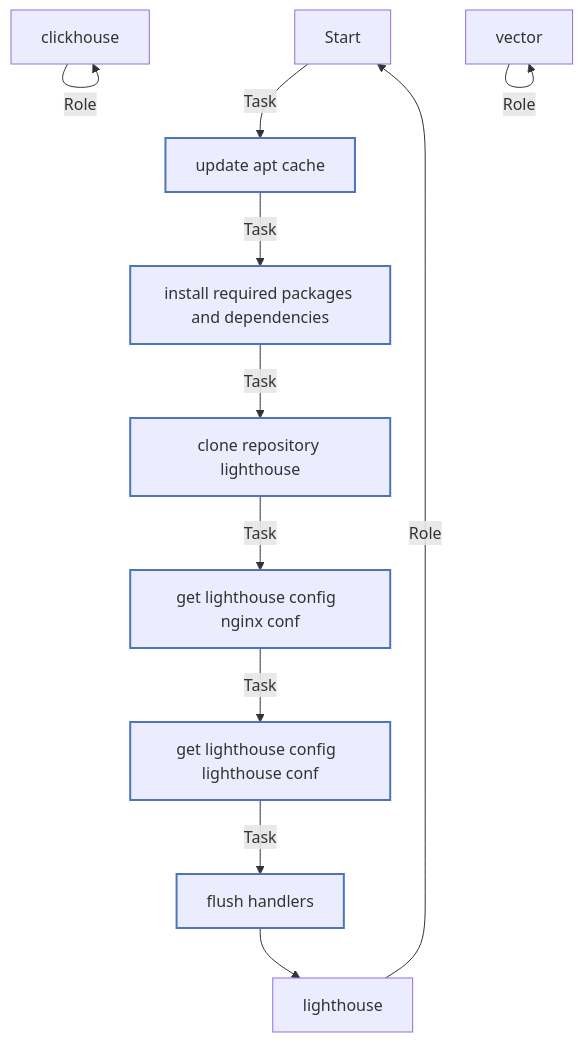
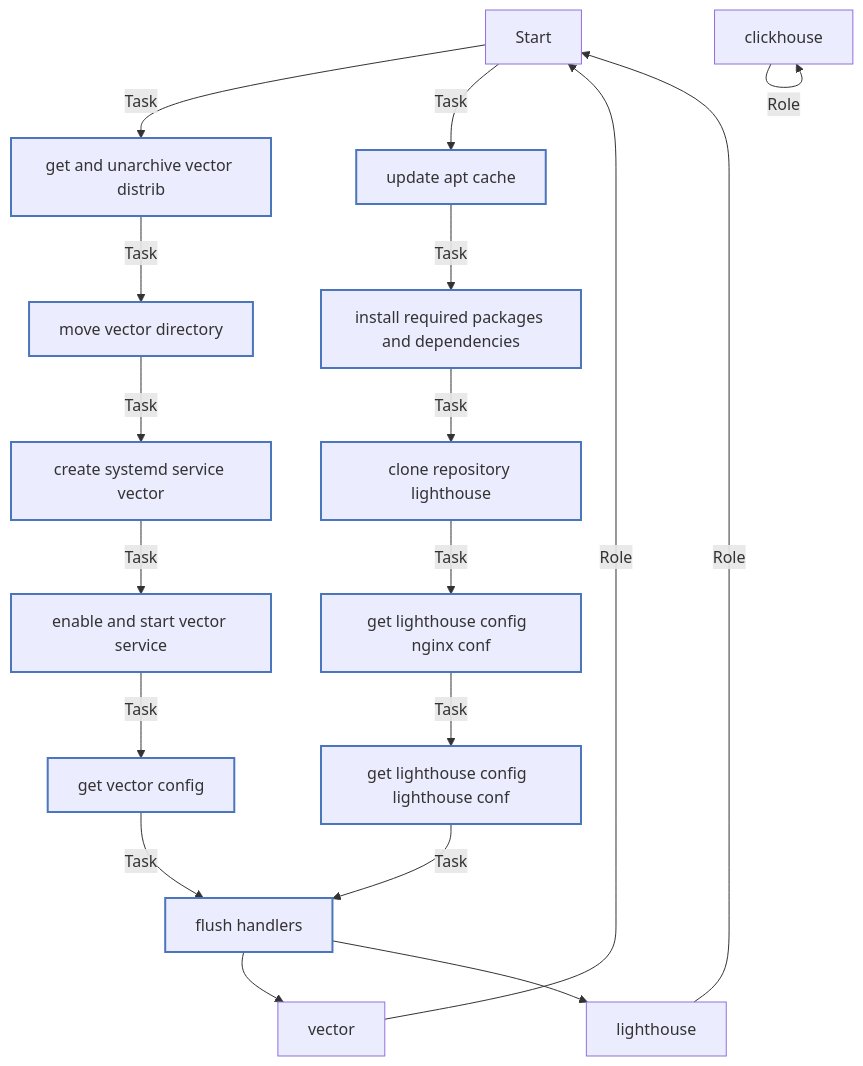
The diagram in README.md (tvm2360/08-ansible-04-role), drawn with Mermaid before and after one commit.

Commit message:
Add stage 1

````diff
--- a/README.md
+++ b/README.md
@@ -28,24 +28,32 @@
 ```mermaid
 flowchart TD
 Start
 classDef block stroke:#3498db,stroke-width:2px;
 classDef task stroke:#4b76bb,stroke-width:2px;
 classDef includeTasks stroke:#16a085,stroke-width:2px;
 classDef importTasks stroke:#34495e,stroke-width:2px;
 classDef includeRole stroke:#2980b9,stroke-width:2px;
 classDef importRole stroke:#699ba7,stroke-width:2px;
 classDef includeVars stroke:#8e44ad,stroke-width:2px;
 classDef rescue stroke:#665352,stroke-width:2px;
 
   clickhouse-->|Role| clickhouse[clickhouse]
-  vector-->|Role| vector[vector]
+
+  vector-->|Role| Start
+  Start-->|Task| Get_and_Unarchive_vector_distrib0[get and unarchive vector distrib]:::task
+  Get_and_Unarchive_vector_distrib0-->|Task| Move_vector_directory1[move vector directory]:::task
+  Move_vector_directory1-->|Task| Create_systemd_service_Vector2[create systemd service vector]:::task
+  Create_systemd_service_Vector2-->|Task| Enable_and_start_Vector_service3[enable and start vector service]:::task
+  Enable_and_start_Vector_service3-->|Task| Get_vector_config4[get vector config]:::task
+  Get_vector_config4-->|Task| Flush_handlers5[flush handlers]:::task
+  Flush_handlers5-->vector[vector]
 
   lighthouse-->|Role| Start
   Start-->|Task| Update_apt_cache0[update apt cache]:::task
   Update_apt_cache0-->|Task| Install_required_packages_and_dependencies1[install required packages and dependencies]:::task
   Install_required_packages_and_dependencies1-->|Task| Clone_repository_lighthouse2[clone repository lighthouse]:::task
   Clone_repository_lighthouse2-->|Task| Get_lighthouse_config__nginx_conf_3[get lighthouse config  nginx conf ]:::task
   Get_lighthouse_config__nginx_conf_3-->|Task| Get_lighthouse_config__lighthouse_conf_4[get lighthouse config  lighthouse conf ]:::task
   Get_lighthouse_config__lighthouse_conf_4-->|Task| Flush_handlers5[flush handlers]:::task
   Flush_handlers5-->lighthouse[lighthouse]
 ```
````
